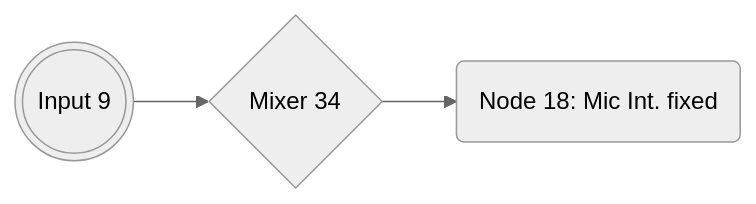
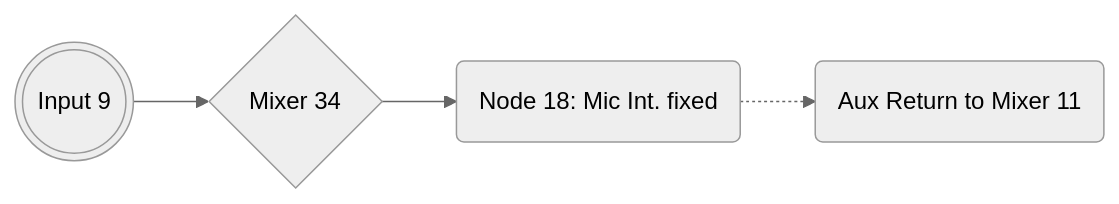
Before and after one commit to 5T33Z0/OC-Little-Translated: the fourth of 7 diagrams in L_ALC_Layout-ID/README.md, drawn with Mermaid (neutral theme). The commit also changed other lines of this file, not shown here.

````diff
--- a/L_ALC_Layout-ID/README.md
+++ b/L_ALC_Layout-ID/README.md
@@ -219,4 +218,4 @@
 ```mermaid
 flowchart LR
-       id1(((Input 9))) -->Aid2{Mixer 34} -->id2(Node 18: Mic Int. fixed)
+       id1(((Input 9))) -->Aid2{Mixer 34} -->id2(Node 18: Mic Int. fixed)-.-> id3(Aux Return to Mixer 11)
 ```
````
